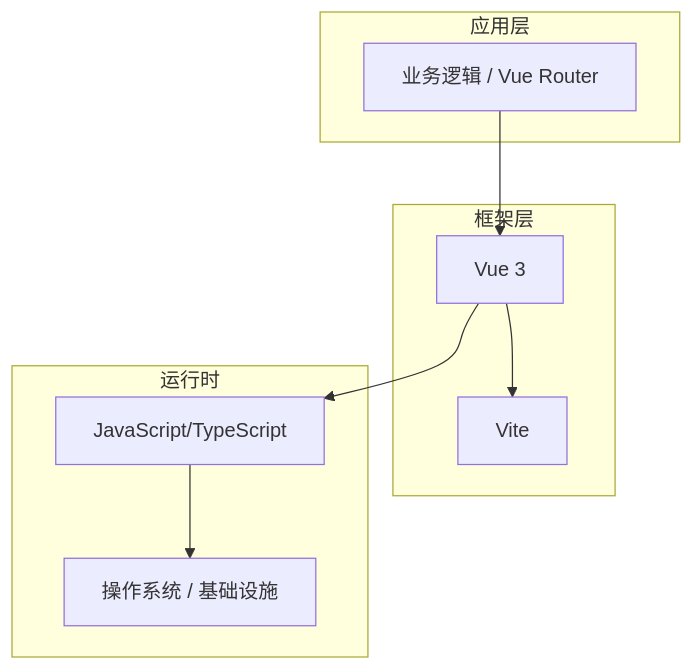
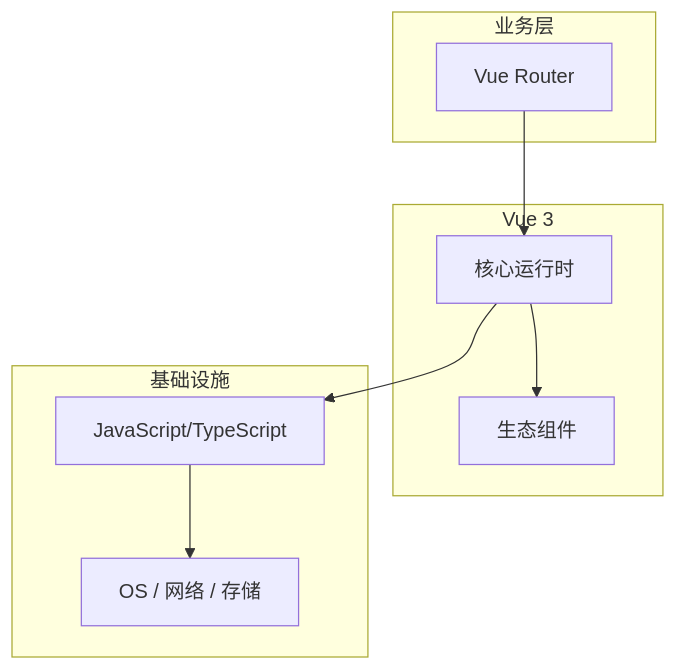
One commit to yanggan2015/knowledge-json-v2 changed the diagram in articles/Vue/chapters/091-Vue-Router核心概念与原理.md. Above: the diagram before and after it, drawn with Mermaid. The commit also changed other lines of this file and 10127 other files, not shown here.

````diff
--- a/articles/Vue/chapters/091-Vue-Router核心概念与原理.md
+++ b/articles/Vue/chapters/091-Vue-Router核心概念与原理.md
@@ -45,18 +34,18 @@
 ```mermaid
 graph TB
-    subgraph 应用层
-        A[业务逻辑 / Vue Router]
+    subgraph 业务层
+        A[Vue Router]
     end
-    subgraph 框架层
-        B[Vue 3]
-        C[Vite]
+    subgraph Vue 3
+        B[核心运行时]
+        C[生态组件]
     end
-    subgraph 运行时
+    subgraph 基础设施
         D[JavaScript/TypeScript]
-        E[操作系统 / 基础设施]
+        E[OS / 网络 / 存储]
     end
     A --> B
     B --> C
     B --> D
     D --> E
 ```
````
